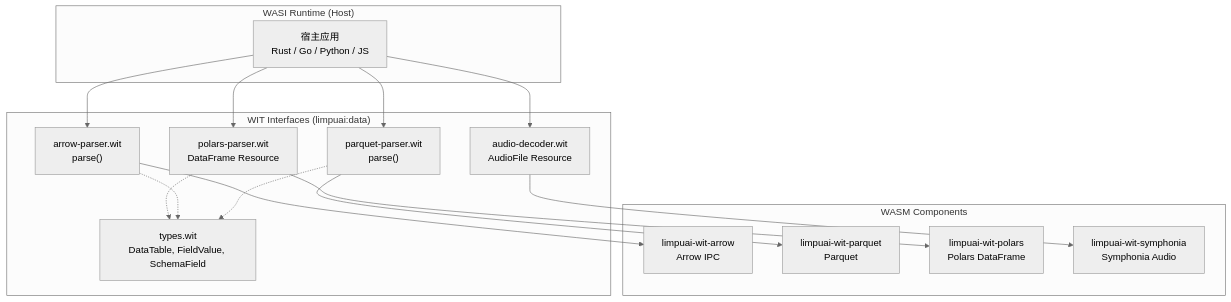
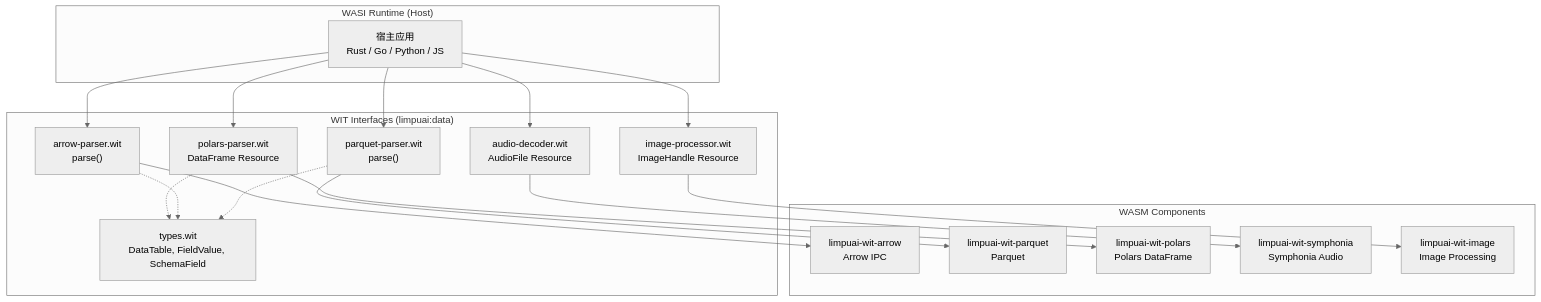
One commit to LimpuAI/limpuai-wit changed the first of 3 diagrams in README.md. Above: the diagram before and after it, drawn with Mermaid (neutral theme). The commit also changed other lines of this file and 12 other files, not shown here.

First line of the commit message:
feat: add limpuai-wit-image component (image decode/ops/encode)

````diff
--- a/README.md
+++ b/README.md
@@ -16,30 +16,33 @@
 ```mermaid
 flowchart TB
     subgraph "WASI Runtime (Host)"
         Host["宿主应用<br/>Rust / Go / Python / JS"]
     end
 
     subgraph "WIT Interfaces (limpuai:data)"
         Types["types.wit<br/>DataTable, FieldValue, SchemaField"]
         Arrow["arrow-parser.wit<br/>parse()"]
         Parquet["parquet-parser.wit<br/>parse()"]
         Polars["polars-parser.wit<br/>DataFrame Resource"]
         Audio["audio-decoder.wit<br/>AudioFile Resource"]
+        Image["image-processor.wit<br/>ImageHandle Resource"]
     end
 
     subgraph "WASM Components"
         CA["limpuai-wit-arrow<br/>Arrow IPC"]
         CP["limpuai-wit-parquet<br/>Parquet"]
         CPL["limpuai-wit-polars<br/>Polars DataFrame"]
         CS["limpuai-wit-symphonia<br/>Symphonia Audio"]
+        CI["limpuai-wit-image<br/>Image Processing"]
     end
 
-    Host --> Arrow & Parquet & Polars & Audio
+    Host --> Arrow & Parquet & Polars & Audio & Image
     Arrow --> CA
     Parquet --> CP
     Polars --> CPL
     Audio --> CS
+    Image --> CI
     Polars -.-> Types
     Arrow -.-> Types
     Parquet -.-> Types
 ```
````
